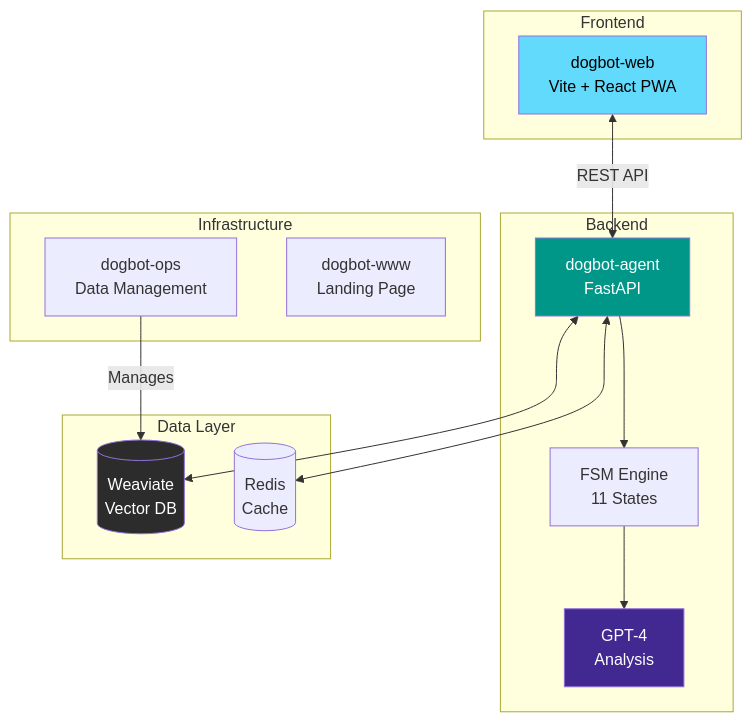
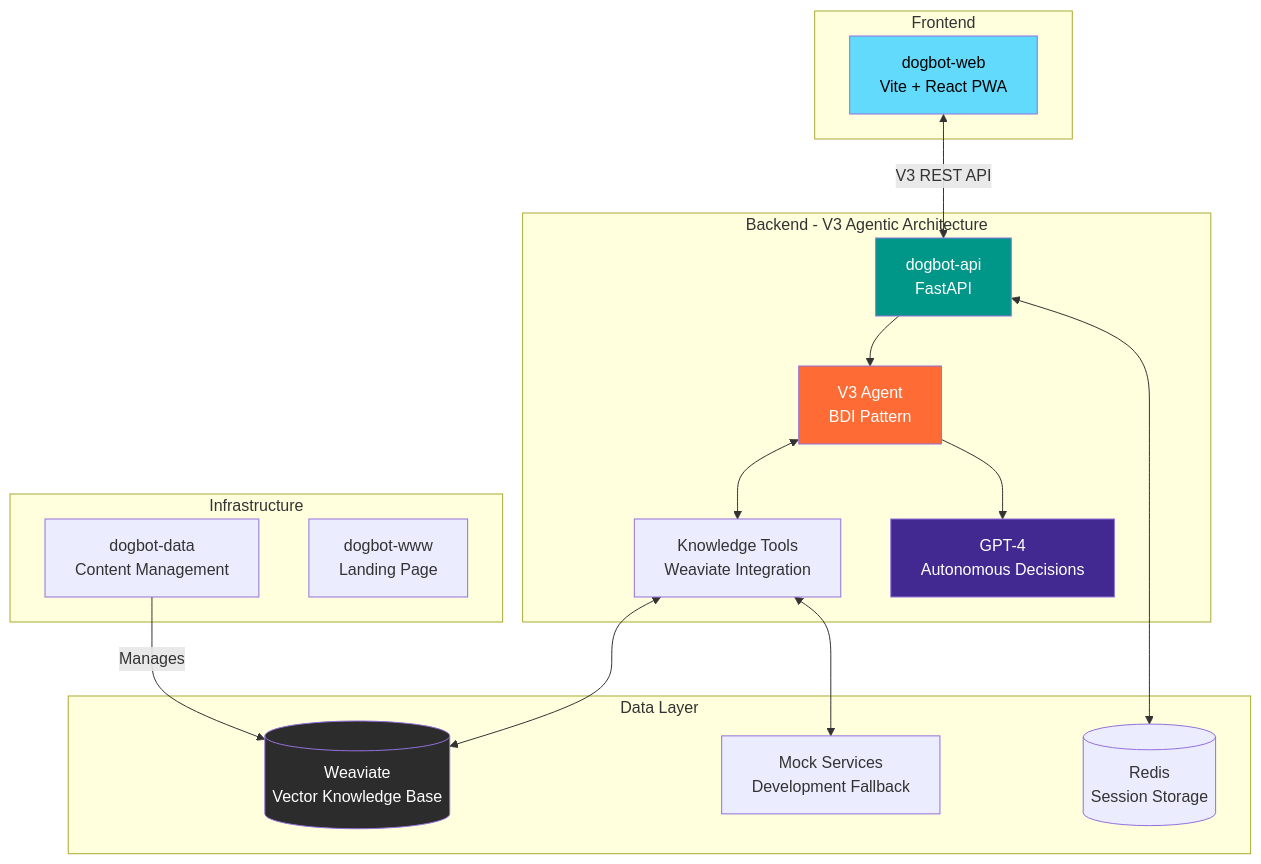
One commit to kemperfekt/wuffchat changed the second of 4 diagrams in README.md. Above: the diagram before and after it, drawn with Mermaid. The commit also changed other lines of this file, not shown here.

````diff
--- a/README.md
+++ b/README.md
@@ -27,34 +27,39 @@
 ```mermaid
 graph TB
     subgraph "Frontend"
         UI[dogbot-web<br/>Vite + React PWA]
     end
     
-    subgraph "Backend"
-        API[dogbot-agent<br/>FastAPI]
-        FSM[FSM Engine<br/>11 States]
-        AI[GPT-4<br/>Analysis]
+    subgraph "Backend - V3 Agentic Architecture"
+        API[dogbot-api<br/>FastAPI]
+        AGENT[V3 Agent<br/>BDI Pattern]
+        TOOLS[Knowledge Tools<br/>Weaviate Integration]
+        AI[GPT-4<br/>Autonomous Decisions]
     end
     
     subgraph "Data Layer"
-        VDB[(Weaviate<br/>Vector DB)]
-        CACHE[(Redis<br/>Cache)]
+        VDB[(Weaviate<br/>Vector Knowledge Base)]
+        CACHE[(Redis<br/>Session Storage)]
+        MOCK[Mock Services<br/>Development Fallback]
     end
     
     subgraph "Infrastructure"
-        OPS[dogbot-ops<br/>Data Management]
+        OPS[dogbot-data<br/>Content Management]
         WWW[dogbot-www<br/>Landing Page]
     end
     
-    UI <-->|REST API| API
-    API --> FSM
-    FSM --> AI
-    API <--> VDB
+    UI <-->|V3 REST API| API
+    API --> AGENT
+    AGENT <--> TOOLS
+    TOOLS <--> VDB
+    TOOLS <--> MOCK
+    AGENT --> AI
     API <--> CACHE
     OPS -->|Manages| VDB
     
     style UI fill:#61DAFB,color:#000
     style API fill:#009688,color:#fff
+    style AGENT fill:#FF6B35,color:#fff
     style AI fill:#412991,color:#fff
     style VDB fill:#2C2C2C,color:#fff
 ```
````
